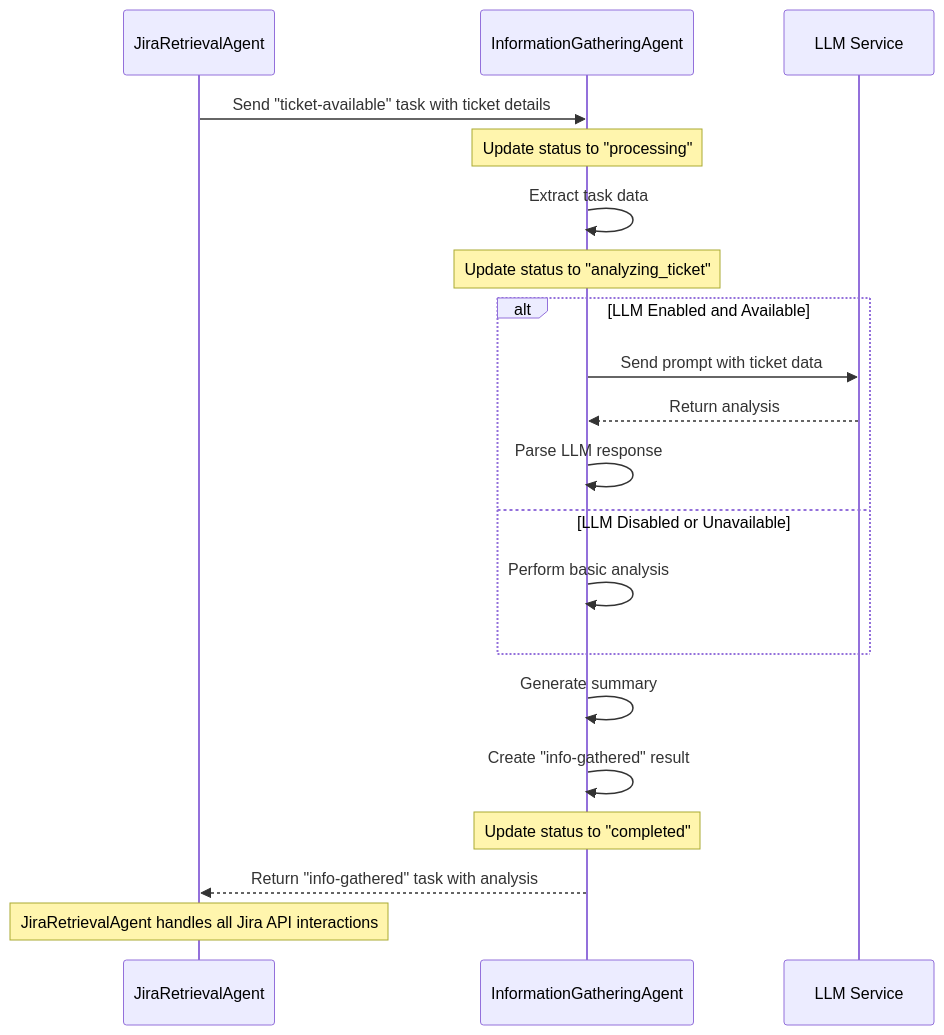
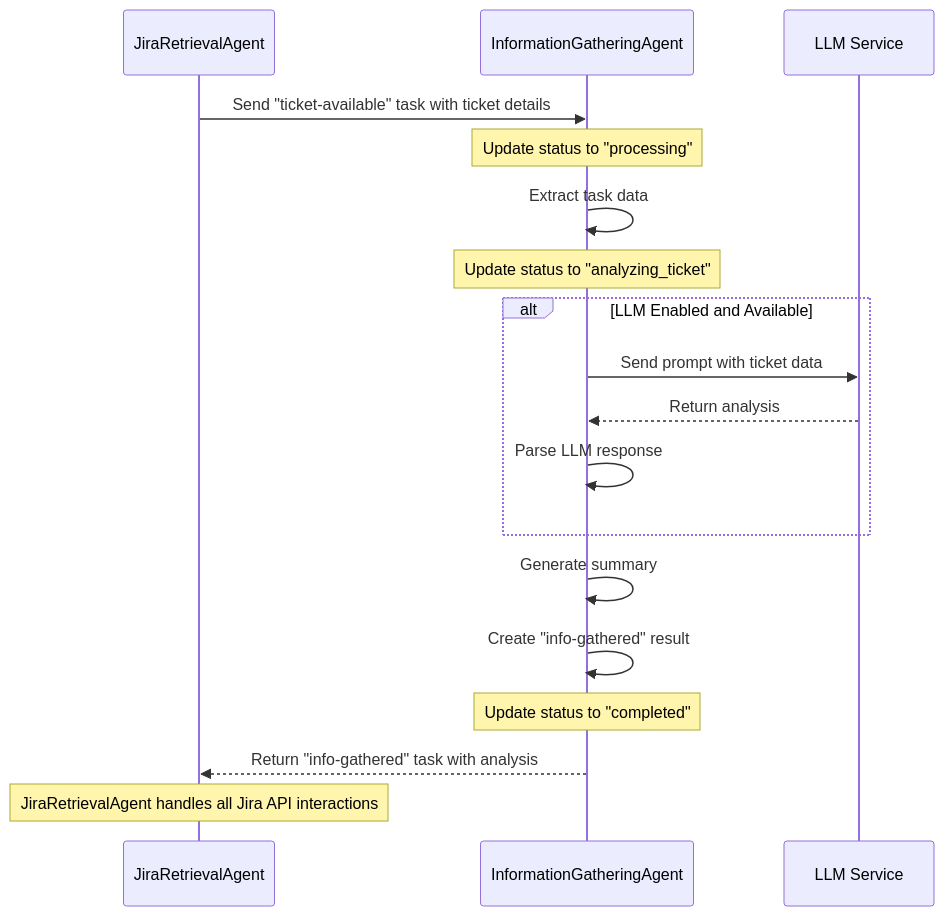
Before and after one commit to tuannvm/jira-a2a: the second of 5 diagrams in docs/infogathering.md, drawn with Mermaid. The commit also changed other lines of this file and 2 other files, not shown here.

Commit message:
docs: update info gathering agent documentation with LLM details

````diff
--- a/docs/infogathering.md
+++ b/docs/infogathering.md
@@ -24,26 +75,24 @@
 ```mermaid
 sequenceDiagram
     participant JRA as JiraRetrievalAgent
     participant IGA as InformationGatheringAgent
     participant LLM as LLM Service
     
     JRA->>IGA: Send "ticket-available" task with ticket details
     Note over IGA: Update status to "processing"
     IGA->>IGA: Extract task data
     Note over IGA: Update status to "analyzing_ticket"
     
     alt LLM Enabled and Available
         IGA->>LLM: Send prompt with ticket data
         LLM-->>IGA: Return analysis
         IGA->>IGA: Parse LLM response
-    else LLM Disabled or Unavailable
-        IGA->>IGA: Perform basic analysis
     end
     
     IGA->>IGA: Generate summary
     IGA->>IGA: Create "info-gathered" result
     Note over IGA: Update status to "completed"
     
     IGA-->>JRA: Return "info-gathered" task with analysis
     Note over JRA: JiraRetrievalAgent handles all Jira API interactions
 ```
````
